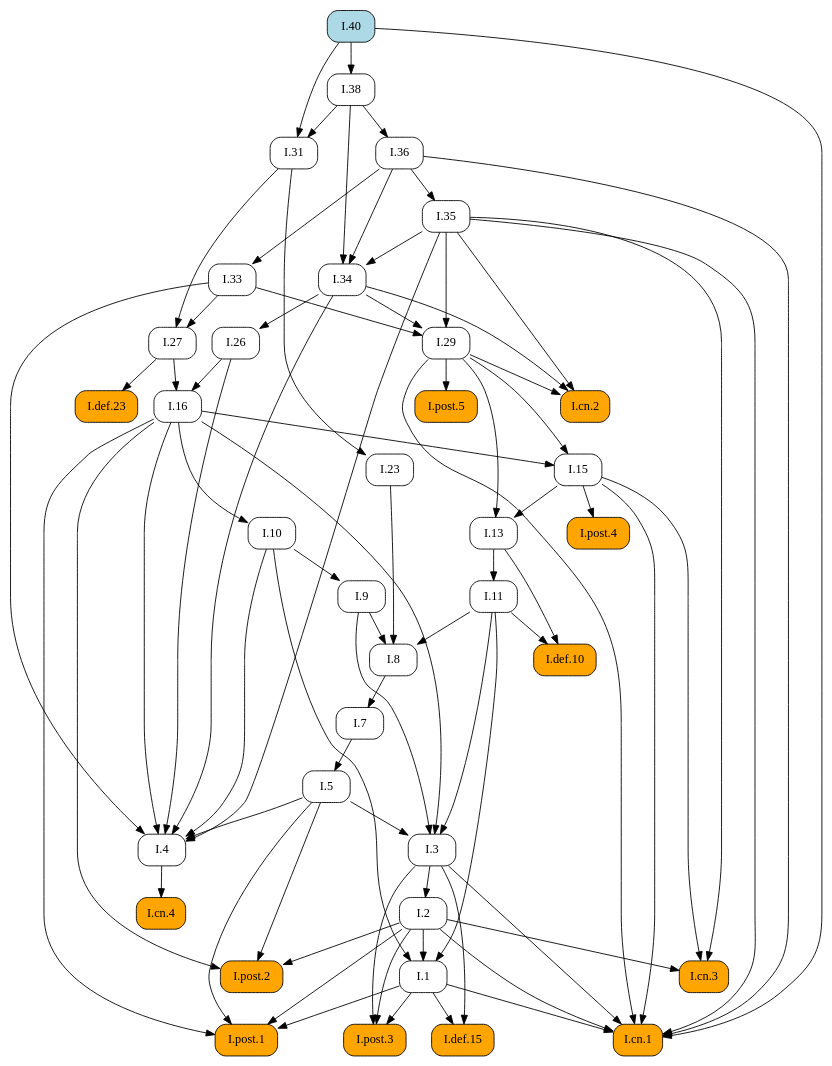
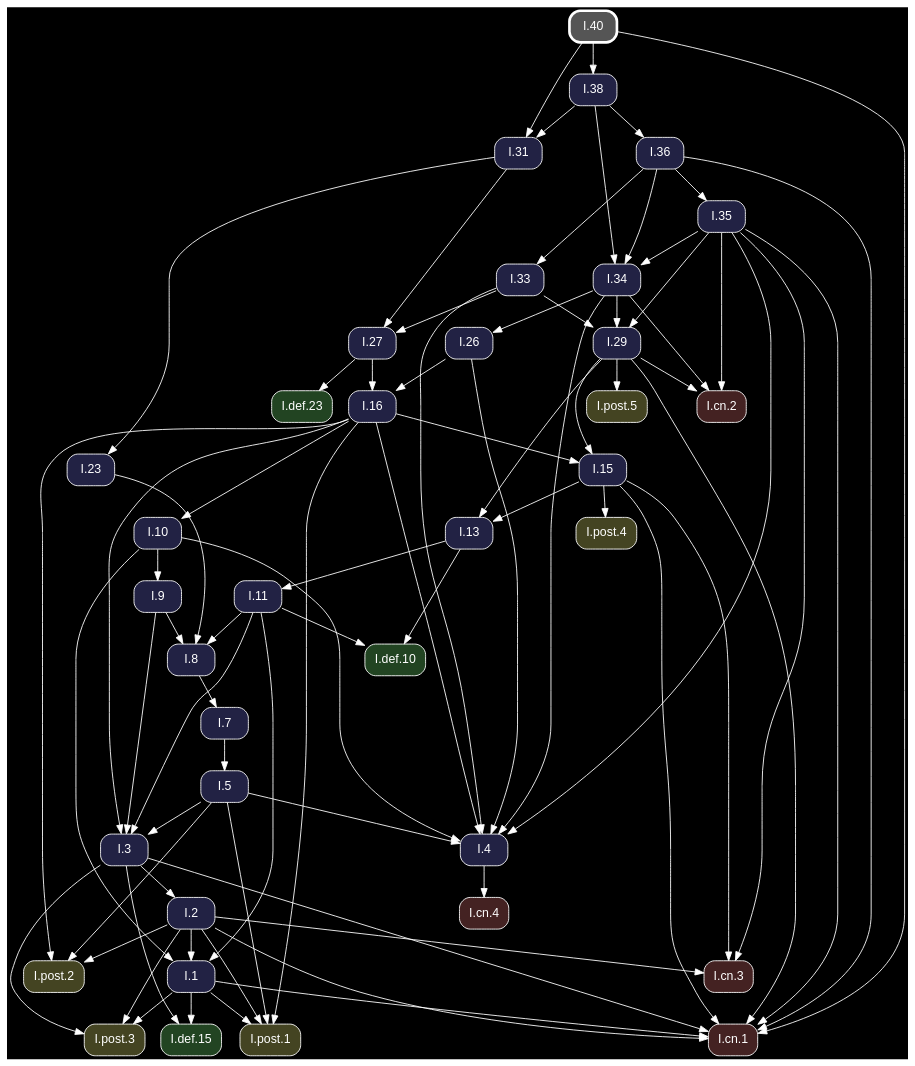
The diagram in docsrc/heath/I/40/index.rst (geometor/elements), drawn with Graphviz before and after one commit. The commit also changed other lines of this file and 1200 other files, not shown here.

Commit message:
update dependency graphs

```diff
--- a/docsrc/heath/I/40/index.rst
+++ b/docsrc/heath/I/40/index.rst
@@ -51,70 +51,52 @@
 .. graphviz::
 
    digraph {
+     bgcolor="black";
+     node [shape=box, style="rounded,filled", fontname="Helvetica", color="white", fontcolor="white"];
+     edge [color="white", fontcolor="white"];
      rankdir="TB";
-     node [shape=box, style=rounded];
-     "I.23" [URL="/heath/I/23/", target="_top"];
-     "I.9" [URL="/heath/I/9/", target="_top"];
-     "I.33" [URL="/heath/I/33/", target="_top"];
-     "I.def.15" [style="rounded,filled", fillcolor=orange, URL="/heath/I/def.15/", target="_top"];
-     "I.40" [style="rounded,filled", fillcolor=lightblue, URL="/heath/I/40/", target="_top"];
-     "I.post.3" [style="rounded,filled", fillcolor=orange, URL="/heath/I/post.3/", target="_top"];
-     "I.post.1" [style="rounded,filled", fillcolor=orange, URL="/heath/I/post.1/", target="_top"];
-     "I.31" [URL="/heath/I/31/", target="_top"];
-     "I.def.10" [style="rounded,filled", fillcolor=orange, URL="/heath/I/def.10/", target="_top"];
-     "I.27" [URL="/heath/I/27/", target="_top"];
-     "I.34" [URL="/heath/I/34/", target="_top"];
-     "I.3" [URL="/heath/I/3/", target="_top"];
-     "I.35" [URL="/heath/I/35/", target="_top"];
-     "I.cn.1" [style="rounded,filled", fillcolor=orange, URL="/heath/I/cn.1/", target="_top"];
-     "I.7" [URL="/heath/I/7/", target="_top"];
-     "I.2" [URL="/heath/I/2/", target="_top"];
-     "I.36" [URL="/heath/I/36/", target="_top"];
-     "I.13" [URL="/heath/I/13/", target="_top"];
-     "I.post.4" [style="rounded,filled", fillcolor=orange, URL="/heath/I/post.4/", target="_top"];
-     "I.4" [URL="/heath/I/4/", target="_top"];
-     "I.1" [URL="/heath/I/1/", target="_top"];
-     "I.5" [URL="/heath/I/5/", target="_top"];
-     "I.8" [URL="/heath/I/8/", target="_top"];
-     "I.29" [URL="/heath/I/29/", target="_top"];
-     "I.cn.3" [style="rounded,filled", fillcolor=orange, URL="/heath/I/cn.3/", target="_top"];
-     "I.16" [URL="/heath/I/16/", target="_top"];
-     "I.38" [URL="/heath/I/38/", target="_top"];
-     "I.15" [URL="/heath/I/15/", target="_top"];
-     "I.10" [URL="/heath/I/10/", target="_top"];
-     "I.11" [URL="/heath/I/11/", target="_top"];
-     "I.def.23" [style="rounded,filled", fillcolor=orange, URL="/heath/I/def.23/", target="_top"];
-     "I.cn.2" [style="rounded,filled", fillcolor=orange, URL="/heath/I/cn.2/", target="_top"];
-     "I.post.5" [style="rounded,filled", fillcolor=orange, URL="/heath/I/post.5/", target="_top"];
-     "I.cn.4" [style="rounded,filled", fillcolor=orange, URL="/heath/I/cn.4/", target="_top"];
-     "I.post.2" [style="rounded,filled", fillcolor=orange, URL="/heath/I/post.2/", target="_top"];
-     "I.26" [URL="/heath/I/26/", target="_top"];
-     "I.31" -> "I.23";
-     "I.10" -> "I.9";
-     "I.36" -> "I.33";
-     "I.1" -> "I.def.15";
-     "I.3" -> "I.def.15";
-     "I.1" -> "I.post.3";
-     "I.2" -> "I.post.3";
-     "I.3" -> "I.post.3";
-     "I.1" -> "I.post.1";
-     "I.2" -> "I.post.1";
-     "I.5" -> "I.post.1";
-     "I.16" -> "I.post.1";
+     "I.31" [fillcolor="#222244", URL="/heath/I/31/", target="_top"];
+     "I.3" [fillcolor="#222244", URL="/heath/I/3/", target="_top"];
+     "I.40" [penwidth=3, color="white", fillcolor="#555555", URL="/heath/I/40/", target="_top"];
+     "I.cn.1" [fillcolor="#442222", URL="/heath/I/cn.1/", target="_top"];
+     "I.def.10" [fillcolor="#224422", URL="/heath/I/def.10/", target="_top"];
+     "I.15" [fillcolor="#222244", URL="/heath/I/15/", target="_top"];
+     "I.13" [fillcolor="#222244", URL="/heath/I/13/", target="_top"];
+     "I.27" [fillcolor="#222244", URL="/heath/I/27/", target="_top"];
+     "I.2" [fillcolor="#222244", URL="/heath/I/2/", target="_top"];
+     "I.cn.2" [fillcolor="#442222", URL="/heath/I/cn.2/", target="_top"];
+     "I.9" [fillcolor="#222244", URL="/heath/I/9/", target="_top"];
+     "I.1" [fillcolor="#222244", URL="/heath/I/1/", target="_top"];
+     "I.post.5" [fillcolor="#444422", URL="/heath/I/post.5/", target="_top"];
+     "I.post.4" [fillcolor="#444422", URL="/heath/I/post.4/", target="_top"];
+     "I.23" [fillcolor="#222244", URL="/heath/I/23/", target="_top"];
+     "I.26" [fillcolor="#222244", URL="/heath/I/26/", target="_top"];
+     "I.8" [fillcolor="#222244", URL="/heath/I/8/", target="_top"];
+     "I.4" [fillcolor="#222244", URL="/heath/I/4/", target="_top"];
+     "I.7" [fillcolor="#222244", URL="/heath/I/7/", target="_top"];
+     "I.5" [fillcolor="#222244", URL="/heath/I/5/", target="_top"];
+     "I.10" [fillcolor="#222244", URL="/heath/I/10/", target="_top"];
+     "I.post.1" [fillcolor="#444422", URL="/heath/I/post.1/", target="_top"];
+     "I.11" [fillcolor="#222244", URL="/heath/I/11/", target="_top"];
+     "I.16" [fillcolor="#222244", URL="/heath/I/16/", target="_top"];
+     "I.cn.3" [fillcolor="#442222", URL="/heath/I/cn.3/", target="_top"];
+     "I.36" [fillcolor="#222244", URL="/heath/I/36/", target="_top"];
+     "I.38" [fillcolor="#222244", URL="/heath/I/38/", target="_top"];
+     "I.29" [fillcolor="#222244", URL="/heath/I/29/", target="_top"];
+     "I.post.2" [fillcolor="#444422", URL="/heath/I/post.2/", target="_top"];
+     "I.cn.4" [fillcolor="#442222", URL="/heath/I/cn.4/", target="_top"];
+     "I.def.23" [fillcolor="#224422", URL="/heath/I/def.23/", target="_top"];
+     "I.35" [fillcolor="#222244", URL="/heath/I/35/", target="_top"];
+     "I.post.3" [fillcolor="#444422", URL="/heath/I/post.3/", target="_top"];
+     "I.33" [fillcolor="#222244", URL="/heath/I/33/", target="_top"];
+     "I.34" [fillcolor="#222244", URL="/heath/I/34/", target="_top"];
+     "I.def.15" [fillcolor="#224422", URL="/heath/I/def.15/", target="_top"];
      "I.38" -> "I.31";
      "I.40" -> "I.31";
-     "I.11" -> "I.def.10";
-     "I.13" -> "I.def.10";
-     "I.31" -> "I.27";
-     "I.33" -> "I.27";
-     "I.35" -> "I.34";
-     "I.36" -> "I.34";
-     "I.38" -> "I.34";
      "I.5" -> "I.3";
      "I.9" -> "I.3";
      "I.11" -> "I.3";
      "I.16" -> "I.3";
-     "I.36" -> "I.35";
      "I.1" -> "I.cn.1";
      "I.2" -> "I.cn.1";
      "I.3" -> "I.cn.1";
@@ -123,12 +105,29 @@
      "I.35" -> "I.cn.1";
      "I.36" -> "I.cn.1";
      "I.40" -> "I.cn.1";
-     "I.8" -> "I.7";
-     "I.3" -> "I.2";
-     "I.38" -> "I.36";
+     "I.11" -> "I.def.10";
+     "I.13" -> "I.def.10";
+     "I.16" -> "I.15";
+     "I.29" -> "I.15";
      "I.15" -> "I.13";
      "I.29" -> "I.13";
+     "I.31" -> "I.27";
+     "I.33" -> "I.27";
+     "I.3" -> "I.2";
+     "I.29" -> "I.cn.2";
+     "I.34" -> "I.cn.2";
+     "I.35" -> "I.cn.2";
+     "I.10" -> "I.9";
+     "I.2" -> "I.1";
+     "I.10" -> "I.1";
+     "I.11" -> "I.1";
+     "I.29" -> "I.post.5";
      "I.15" -> "I.post.4";
+     "I.31" -> "I.23";
+     "I.34" -> "I.26";
+     "I.9" -> "I.8";
+     "I.11" -> "I.8";
+     "I.23" -> "I.8";
      "I.5" -> "I.4";
      "I.10" -> "I.4";
      "I.16" -> "I.4";
@@ -136,34 +135,37 @@
      "I.33" -> "I.4";
      "I.34" -> "I.4";
      "I.35" -> "I.4";
-     "I.2" -> "I.1";
-     "I.10" -> "I.1";
-     "I.11" -> "I.1";
+     "I.8" -> "I.7";
      "I.7" -> "I.5";
-     "I.9" -> "I.8";
-     "I.11" -> "I.8";
-     "I.23" -> "I.8";
+     "I.16" -> "I.10";
+     "I.1" -> "I.post.1";
+     "I.2" -> "I.post.1";
+     "I.5" -> "I.post.1";
+     "I.16" -> "I.post.1";
+     "I.13" -> "I.11";
+     "I.26" -> "I.16";
+     "I.27" -> "I.16";
+     "I.2" -> "I.cn.3";
+     "I.15" -> "I.cn.3";
+     "I.35" -> "I.cn.3";
+     "I.38" -> "I.36";
+     "I.40" -> "I.38";
      "I.33" -> "I.29";
      "I.34" -> "I.29";
      "I.35" -> "I.29";
-     "I.2" -> "I.cn.3";
-     "I.15" -> "I.cn.3";
-     "I.35" -> "I.cn.3";
-     "I.26" -> "I.16";
-     "I.27" -> "I.16";
-     "I.40" -> "I.38";
-     "I.16" -> "I.15";
-     "I.29" -> "I.15";
-     "I.16" -> "I.10";
-     "I.13" -> "I.11";
-     "I.27" -> "I.def.23";
-     "I.29" -> "I.cn.2";
-     "I.34" -> "I.cn.2";
-     "I.35" -> "I.cn.2";
-     "I.29" -> "I.post.5";
-     "I.4" -> "I.cn.4";
      "I.2" -> "I.post.2";
      "I.5" -> "I.post.2";
      "I.16" -> "I.post.2";
-     "I.34" -> "I.26";
+     "I.4" -> "I.cn.4";
+     "I.27" -> "I.def.23";
+     "I.36" -> "I.35";
+     "I.1" -> "I.post.3";
+     "I.2" -> "I.post.3";
+     "I.3" -> "I.post.3";
+     "I.36" -> "I.33";
+     "I.35" -> "I.34";
+     "I.36" -> "I.34";
+     "I.38" -> "I.34";
+     "I.1" -> "I.def.15";
+     "I.3" -> "I.def.15";
    }
```
